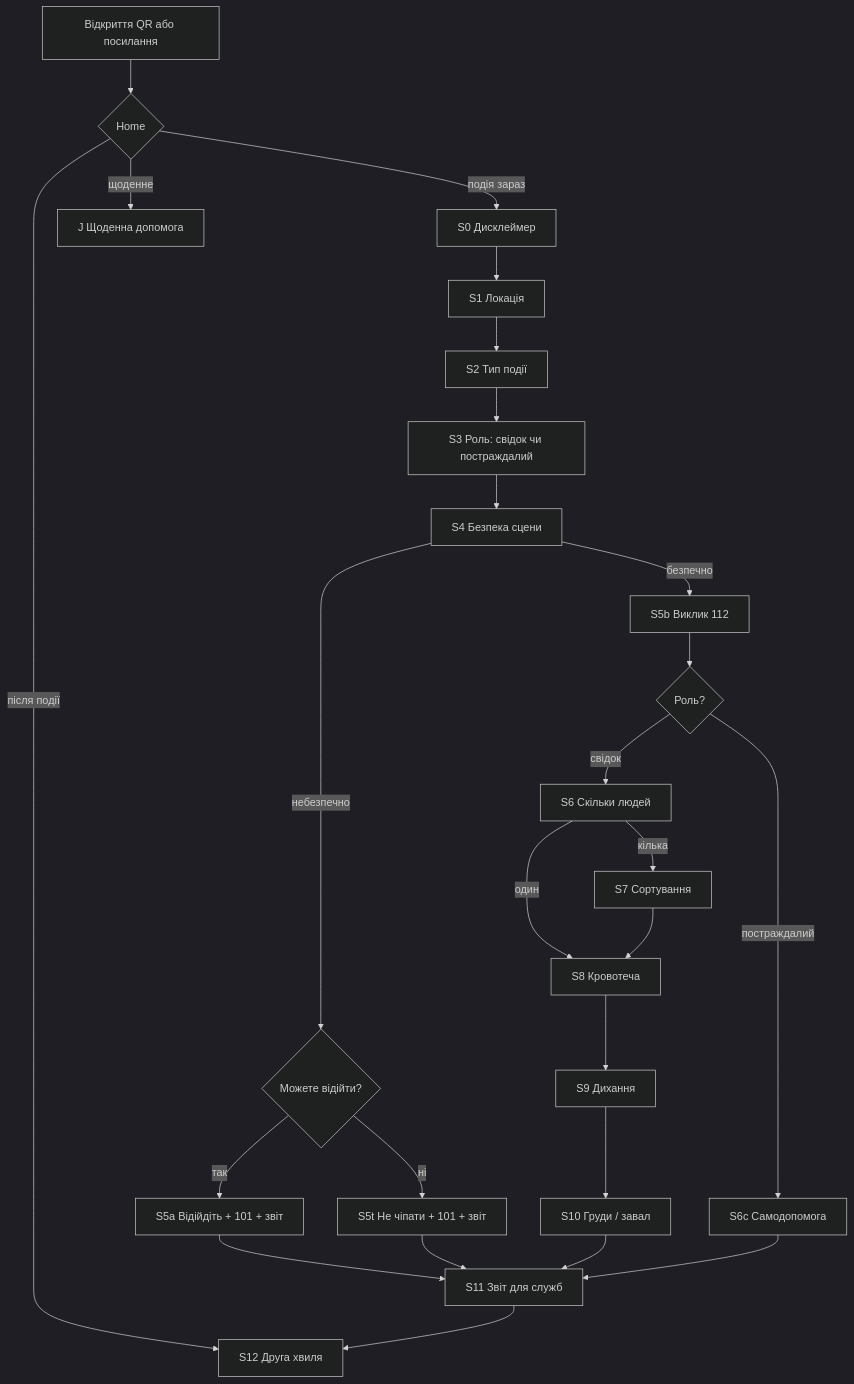
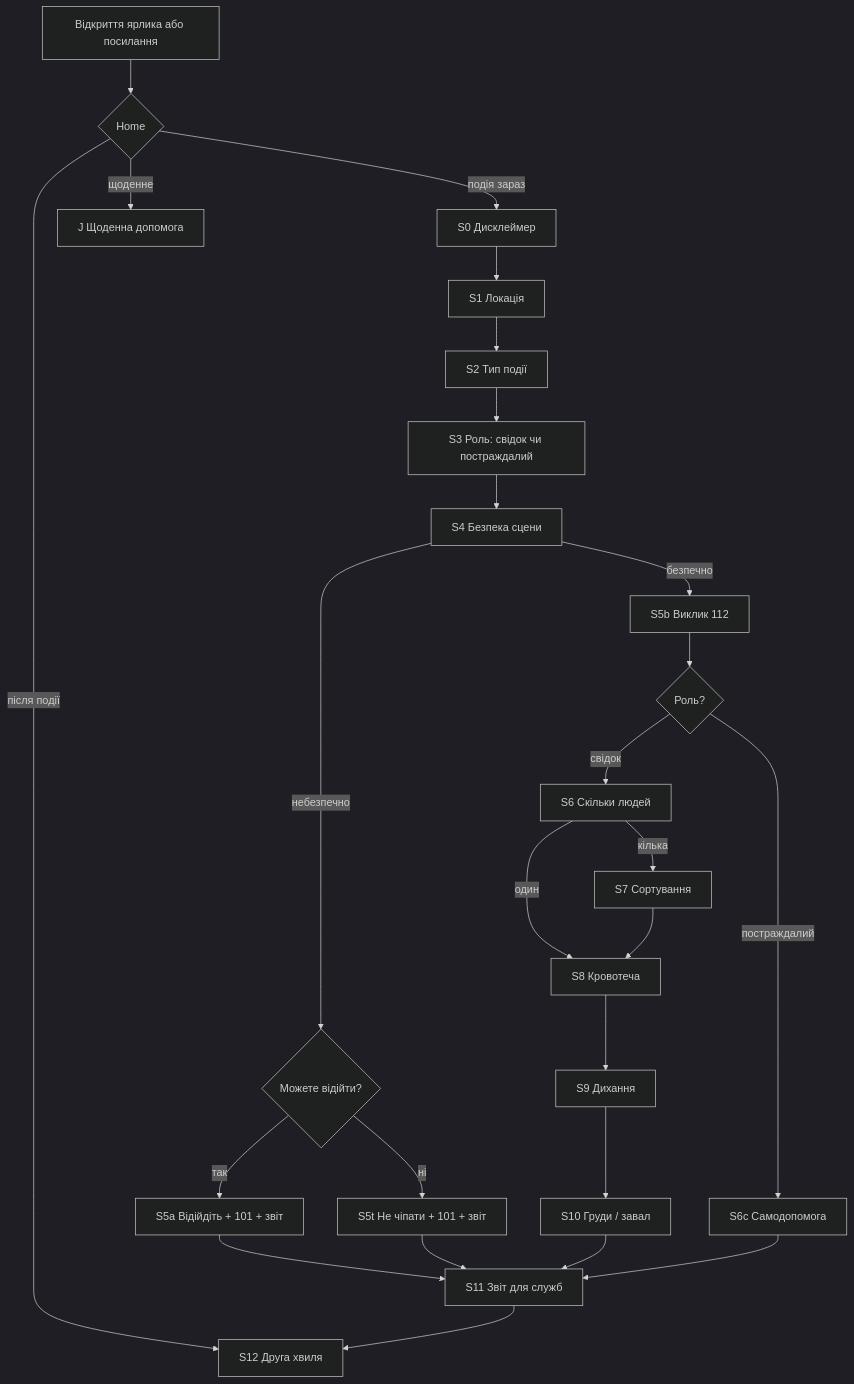
One commit to kaiserdem/ZeroEchelon changed the diagram in docs/12-екрани-та-специфікація.md. Above: the diagram before and after it, drawn with Mermaid (dark theme). The commit also changed other lines of this file and 28 other files, not shown here.

````diff
--- a/docs/12-екрани-та-специфікація.md
+++ b/docs/12-екрани-та-специфікація.md
@@ -61,28 +61,28 @@
 ```mermaid
 flowchart TD
-  Open["Відкриття QR або посилання"] --> Home{"Home"}
+  Open["Відкриття ярлика або посилання"] --> Home{"Home"}
   Home -->|"подія зараз"| S0["S0 Дисклеймер"]
   S0 --> S1["S1 Локація"]
   Home -->|"щоденне"| Daily["J Щоденна допомога"]
   Home -->|"після події"| S12["S12 Друга хвиля"]
   S1 --> S2["S2 Тип події"]
   S2 --> S3["S3 Роль: свідок чи постраждалий"]
   S3 --> S4["S4 Безпека сцени"]
   S4 -->|"небезпечно"| CanLeave{"Можете відійти?"}
   CanLeave -->|"так"| S5a["S5a Відійдіть + 101 + звіт"]
   CanLeave -->|"ні"| S5t["S5t Не чіпати + 101 + звіт"]
   S4 -->|"безпечно"| S5b["S5b Виклик 112"]
   S5a --> S11
   S5t --> S11
   S5b --> Branch{"Роль?"}
   Branch -->|"постраждалий"| S6c["S6c Самодопомога"]
   Branch -->|"свідок"| S6["S6 Скільки людей"]
   S6 -->|"кілька"| S7["S7 Сортування"]
   S6 -->|"один"| S8
   S7 --> S8["S8 Кровотеча"]
   S8 --> S9["S9 Дихання"]
   S9 --> S10["S10 Груди / завал"]
   S10 --> S11["S11 Звіт для служб"]
   S6c --> S11
   S11 --> S12
 ```
````
